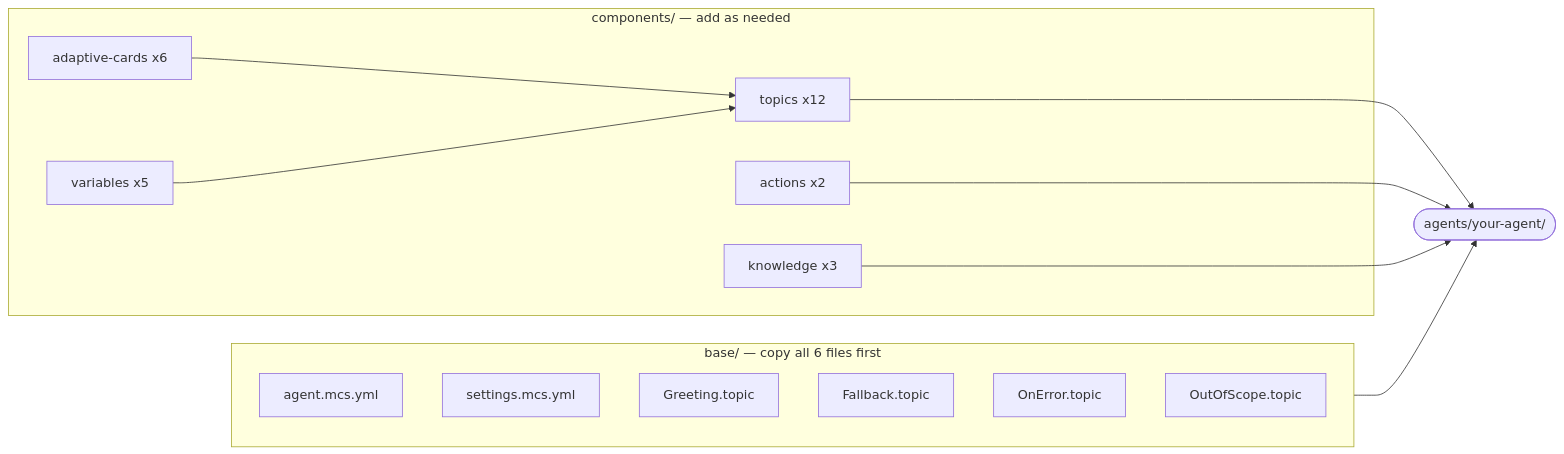
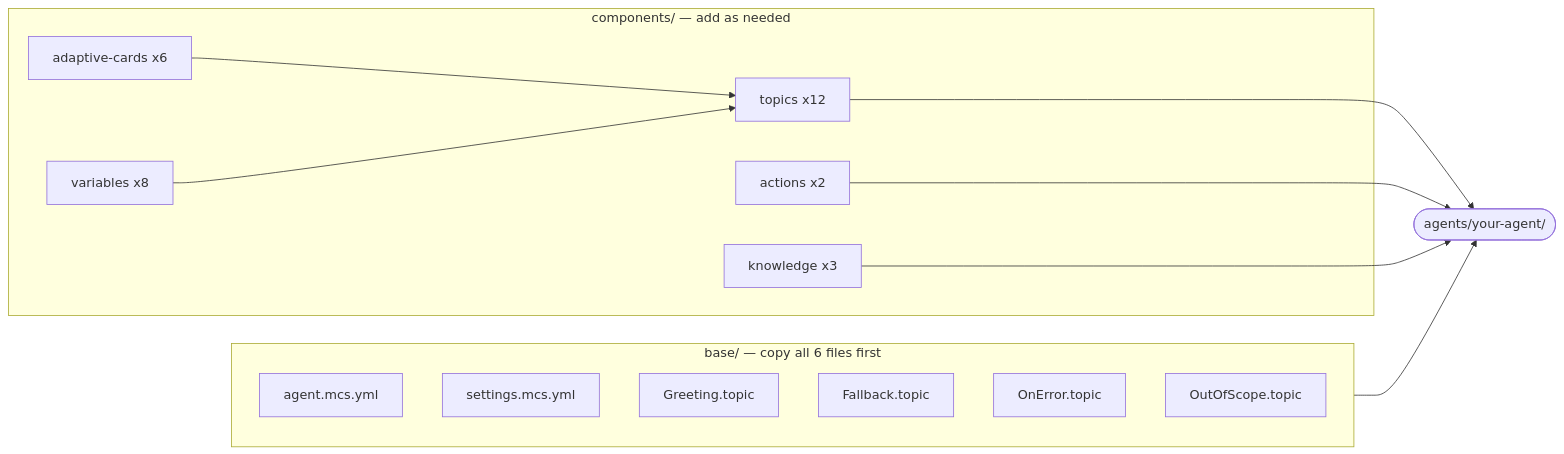
One commit to ramyabhargavi-p/copilot-studio-templates changed the third of 8 diagrams in ENGINEERING-PLAYBOOK.md. Above: the diagram before and after it, drawn with Mermaid. The commit also changed other lines of this file, not shown here.

First line of the commit message:
Make Engineering Playbook more actionable: phases diagram, bundle picker, fixes

````diff
--- a/ENGINEERING-PLAYBOOK.md
+++ b/ENGINEERING-PLAYBOOK.md
@@ -263,26 +345,26 @@
 ```mermaid
 flowchart LR
     subgraph BASE["base/  — copy all 6 files first"]
         A1[agent.mcs.yml]
         A2[settings.mcs.yml]
         A3[Greeting.topic]
         A4[Fallback.topic]
         A5[OnError.topic]
         A6[OutOfScope.topic]
     end
 
     subgraph COMP["components/  — add as needed"]
         T[topics x12]
         AC[actions x2]
         K[knowledge x3]
         CA[adaptive-cards x6]
-        V[variables x5]
+        V[variables x8]
     end
 
     BASE --> AGT([agents/your-agent/])
     T --> AGT
     AC --> AGT
     K --> AGT
     CA --> T
     V --> T
 ```
````
